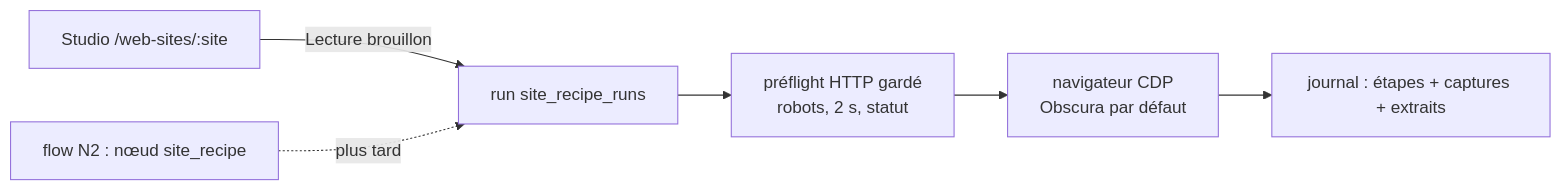
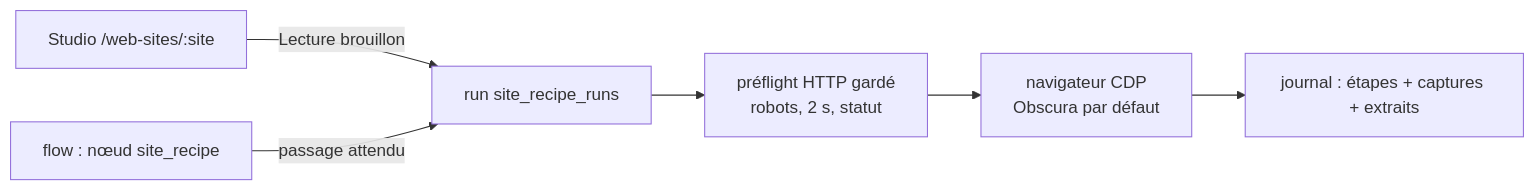
Before and after one commit to Pnex/pnex-rs: the diagram in docs/architecture/site-recipes.md, drawn with Mermaid. The commit also changed other lines of this file and 33 other files, not shown here.

First line of the commit message:
feat(sites): flows play navigation rules and show their next runs (D327)

````diff
--- a/docs/architecture/site-recipes.md
+++ b/docs/architecture/site-recipes.md
@@ -15,8 +16,8 @@
 ```mermaid
 flowchart LR
   S[Studio /web-sites/:site] -- Lecture brouillon --> R[run site_recipe_runs]
-  F[flow N2 : nœud site_recipe] -. plus tard .-> R
+  F[flow : nœud site_recipe] -- passage attendu --> R
   R --> P[préflight HTTP gardé<br/>robots, 2 s, statut]
   P --> B[navigateur CDP<br/>Obscura par défaut]
   B --> J[journal : étapes + captures + extraits]
 ```
````
